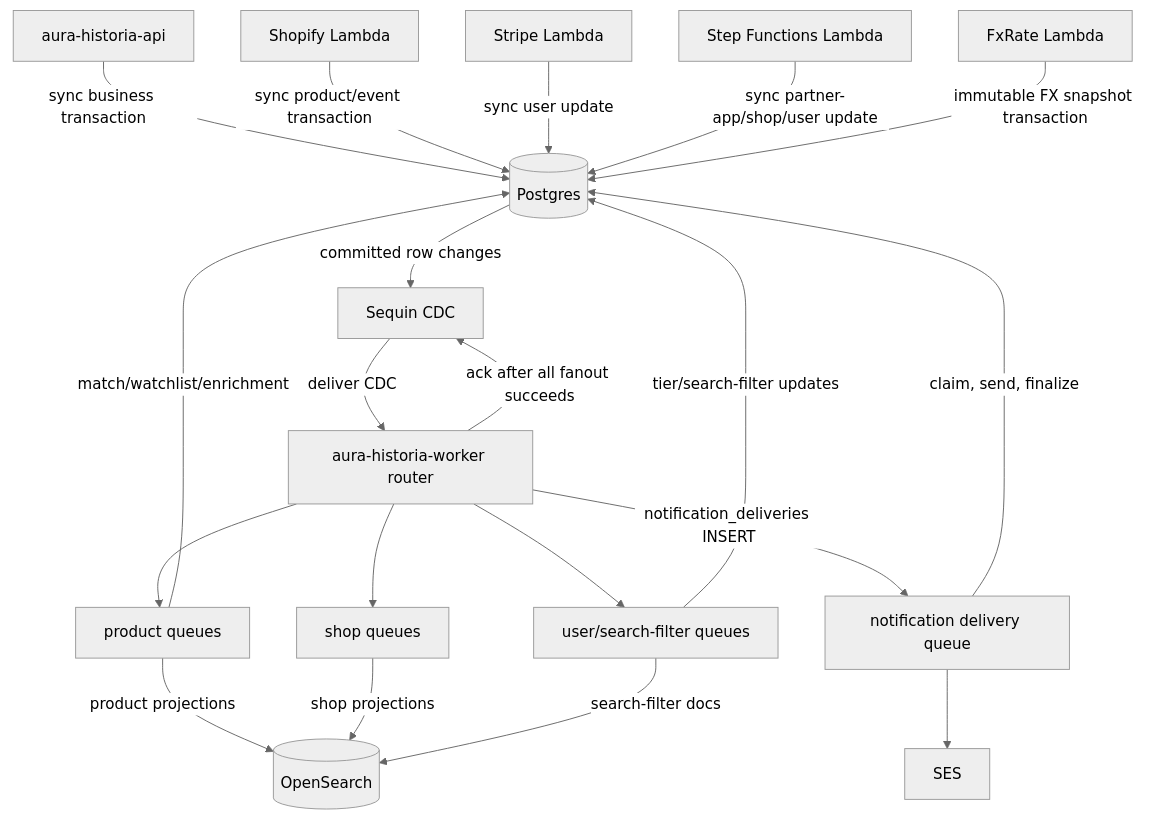
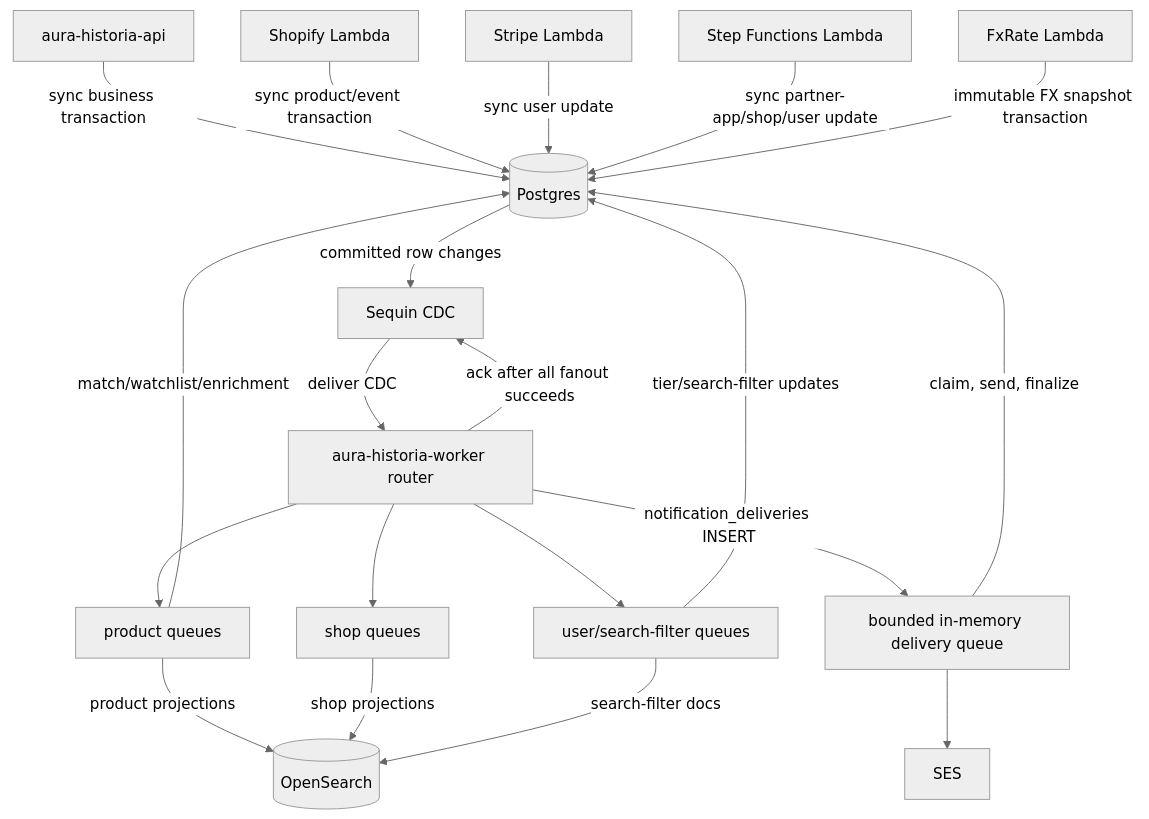
One commit to aura-historia/backend changed the first of 2 diagrams in docs/events/flow.md. Above: the diagram before and after it, drawn with Mermaid (neutral theme). The commit also changed other lines of this file and 30 other files, not shown here.

````diff
--- a/docs/events/flow.md
+++ b/docs/events/flow.md
@@ -27,41 +27,41 @@
 ```mermaid
 flowchart TD
     API["aura-historia-api"]
     SHOPIFY["Shopify Lambda"]
     STRIPE["Stripe Lambda"]
     SFN["Step Functions Lambda"]
     PG[(Postgres)]
     SEQ["Sequin CDC"]
     ROUTER["aura-historia-worker router"]
     PQ["product queues"]
     SQ["shop queues"]
     UFQ["user/search-filter queues"]
     OS[(OpenSearch)]
     SES["SES"]
     FX["FxRate Lambda"]
 
     API -->|"sync business transaction"| PG
     SHOPIFY -->|"sync product/event transaction"| PG
     STRIPE -->|"sync user update"| PG
     SFN -->|"sync partner-app/shop/user update"| PG
 
     PG -->|"committed row changes"| SEQ
     SEQ -->|"deliver CDC"| ROUTER
     ROUTER -->|"ack after all fanout succeeds"| SEQ
 
     ROUTER --> PQ
     ROUTER --> SQ
     ROUTER --> UFQ
 
     PQ -->|"product projections"| OS
     PQ -->|"match/watchlist/enrichment"| PG
-    ROUTER -->|"notification_deliveries INSERT"| NQ[notification delivery queue]
+    ROUTER -->|"notification_deliveries INSERT"| NQ[bounded in-memory delivery queue]
     NQ -->|"claim, send, finalize"| PG
     NQ --> SES
     SQ -->|"shop projections"| OS
     UFQ -->|"search-filter docs"| OS
     UFQ -->|"tier/search-filter updates"| PG
 
 
     FX -->|"immutable FX snapshot transaction"| PG
 ```
````
